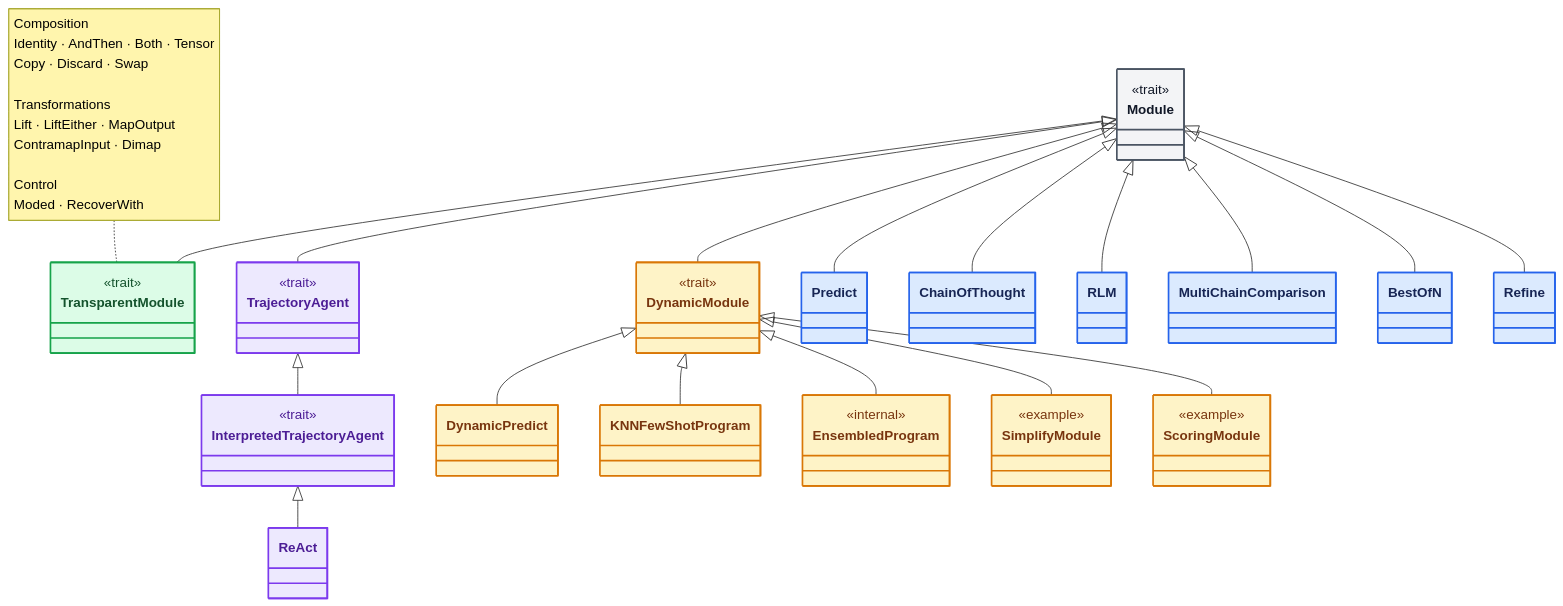
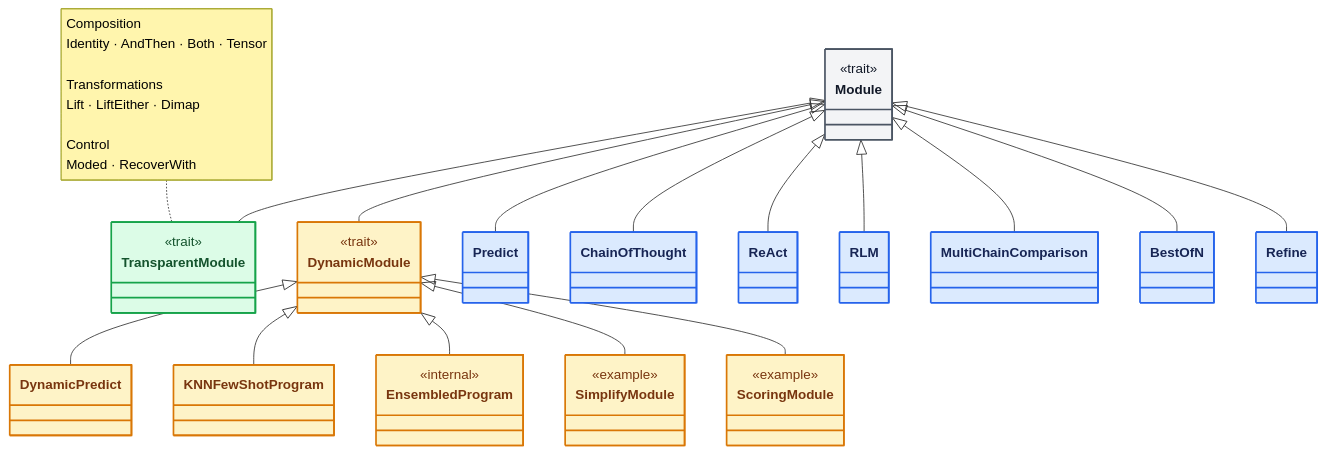
One commit to jpablo/dspy4s changed the first of 2 diagrams in modules/programs/src/main/scala/dspy4s/programs/contracts/Module.md. Above: the diagram before and after it, drawn with Mermaid. The commit also changed other lines of this file and 634 other files, not shown here.

````diff
--- a/modules/programs/src/main/scala/dspy4s/programs/contracts/Module.md
+++ b/modules/programs/src/main/scala/dspy4s/programs/contracts/Module.md
@@ -49,15 +49,10 @@
     class DynamicModule {
         <<trait>>
     }
-    class TrajectoryAgent {
-        <<trait>>
-    }
-    class InterpretedTrajectoryAgent {
-        <<trait>>
-    }
 
     class Predict
     class ChainOfThought
+    class ReAct
     class RLM
     class MultiChainComparison
     class BestOfN
@@ -75,16 +70,14 @@
         <<example>>
     }
 
-    class ReAct
-
-    note for TransparentModule "Composition<br/>Identity · AndThen · Both · Tensor<br/>Copy · Discard · Swap<br/><br/>Transformations<br/>Lift · LiftEither · MapOutput<br/>ContramapInput · Dimap<br/><br/>Control<br/>Moded · RecoverWith"
+    note for TransparentModule "Composition<br/>Identity · AndThen · Both · Tensor<br/><br/>Transformations<br/>Lift · LiftEither · Dimap<br/><br/>Control<br/>Moded · RecoverWith"
 
     Module <|-- TransparentModule
     Module <|-- DynamicModule
-    Module <|-- TrajectoryAgent
 
     Module <|-- Predict
     Module <|-- ChainOfThought
+    Module <|-- ReAct
     Module <|-- RLM
     Module <|-- MultiChainComparison
     Module <|-- BestOfN
@@ -96,13 +89,11 @@
     DynamicModule <|-- SimplifyModule
     DynamicModule <|-- ScoringModule
 
-    TrajectoryAgent <|-- InterpretedTrajectoryAgent
-    InterpretedTrajectoryAgent <|-- ReAct
-
     style Module fill:#F3F4F6,stroke:#4B5563,color:#111827,stroke-width:2px
 
     style Predict fill:#DBEAFE,stroke:#2563EB,color:#172554,stroke-width:2px
     style ChainOfThought fill:#DBEAFE,stroke:#2563EB,color:#172554,stroke-width:2px
+    style ReAct fill:#DBEAFE,stroke:#2563EB,color:#172554,stroke-width:2px
     style RLM fill:#DBEAFE,stroke:#2563EB,color:#172554,stroke-width:2px
     style MultiChainComparison fill:#DBEAFE,stroke:#2563EB,color:#172554,stroke-width:2px
     style BestOfN fill:#DBEAFE,stroke:#2563EB,color:#172554,stroke-width:2px
@@ -115,8 +106,4 @@
     style EnsembledProgram fill:#FEF3C7,stroke:#D97706,color:#78350F,stroke-width:2px
     style SimplifyModule fill:#FEF3C7,stroke:#D97706,color:#78350F,stroke-width:2px
     style ScoringModule fill:#FEF3C7,stroke:#D97706,color:#78350F,stroke-width:2px
-
-    style TrajectoryAgent fill:#EDE9FE,stroke:#7C3AED,color:#4C1D95,stroke-width:2px
-    style InterpretedTrajectoryAgent fill:#EDE9FE,stroke:#7C3AED,color:#4C1D95,stroke-width:2px
-    style ReAct fill:#EDE9FE,stroke:#7C3AED,color:#4C1D95,stroke-width:2px
 ```
````
